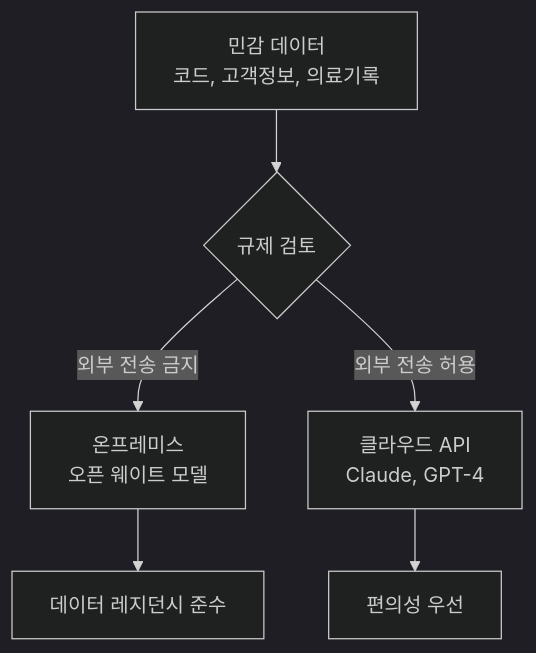
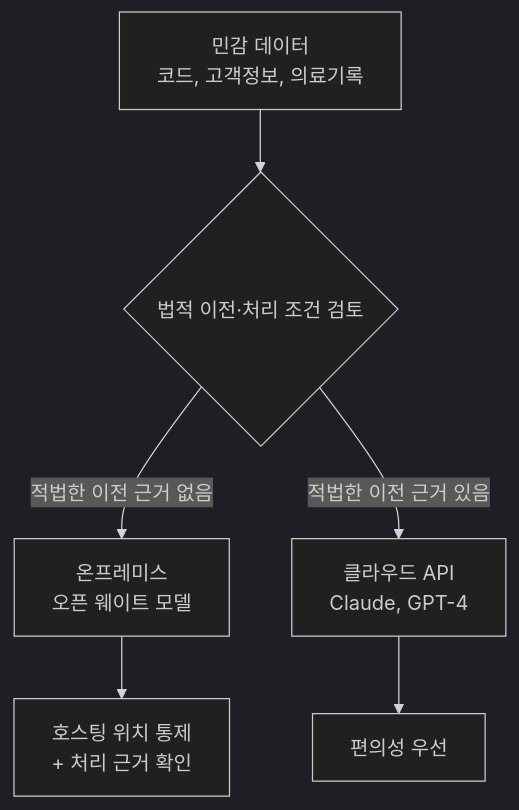
Before and after one commit to devfloor9/engineering-playbook: the first of 4 diagrams in i18n/ko/docusaurus-plugin-content-docs/current/aidlc/toolchain/open-weight-models.md, drawn with Mermaid (dark theme). The commit also changed other lines of this file and 3 other files, not shown here.

````diff
--- a/i18n/ko/docusaurus-plugin-content-docs/current/aidlc/toolchain/open-weight-models.md
+++ b/i18n/ko/docusaurus-plugin-content-docs/current/aidlc/toolchain/open-weight-models.md
@@ -32,8 +32,8 @@
 ```mermaid
 graph TD
-    A[민감 데이터<br/>코드, 고객정보, 의료기록] --> B{규제 검토}
-    B -->|외부 전송 금지| C[온프레미스<br/>오픈 웨이트 모델]
-    B -->|외부 전송 허용| D[클라우드 API<br/>Claude, GPT-4]
-    C --> E[데이터 레지던시 준수]
+    A[민감 데이터<br/>코드, 고객정보, 의료기록] --> B{법적 이전·처리 조건 검토}
+    B -->|적법한 이전 근거 없음| C[온프레미스<br/>오픈 웨이트 모델]
+    B -->|적법한 이전 근거 있음| D[클라우드 API<br/>Claude, GPT-4]
+    C --> E[호스팅 위치 통제<br/>+ 처리 근거 확인]
     D --> F[편의성 우선]
 ```
````
